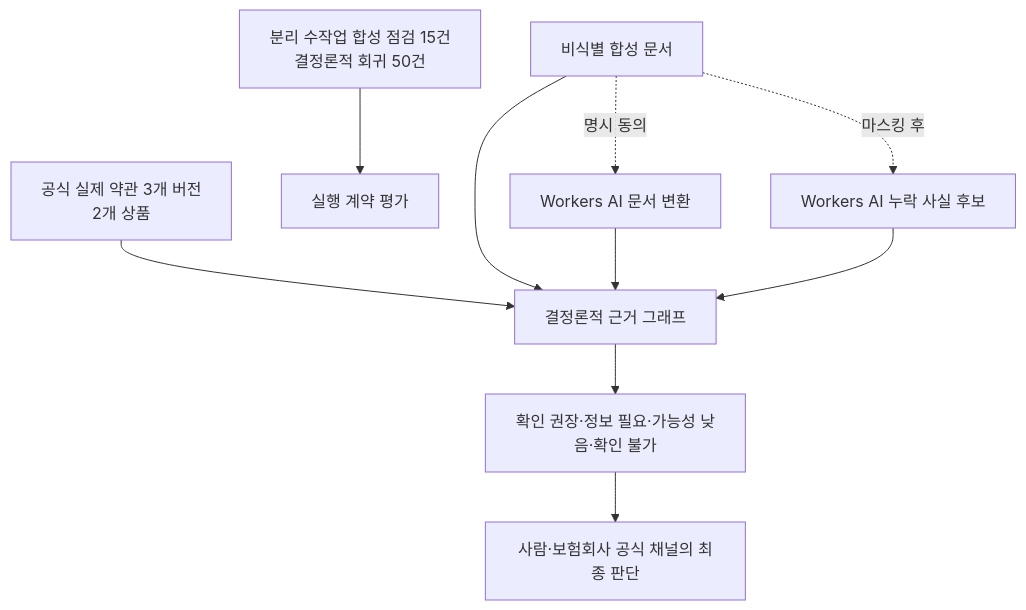
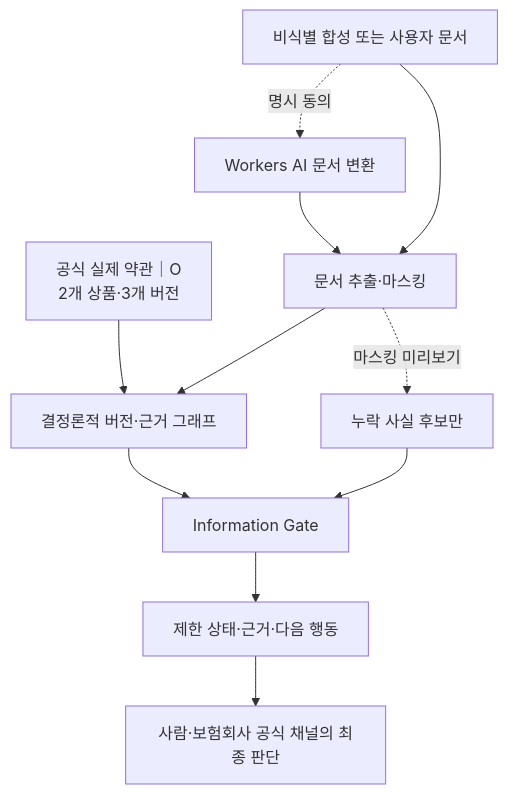
The third of 4 diagrams in docs/submission-visuals.md (turtlehwan/2026-finance-ai-challenge), drawn with Mermaid before and after one commit. The commit also changed other lines of this file and 6 other files, not shown here.

````diff
--- a/docs/submission-visuals.md
+++ b/docs/submission-visuals.md
@@ -38,12 +52,13 @@
 ```mermaid
 flowchart TB
-    P["공식 실제 약관 3개 버전\n2개 상품"] --> R["결정론적 근거 그래프"]
-    S["비식별 합성 문서"] --> R
-    R --> A["확인 권장·정보 필요·가능성 낮음·확인 불가"]
-    H["분리 수작업 합성 점검 15건\n결정론적 회귀 50건"] --> Q["실행 계약 평가"]
-    S -. 명시 동의 .-> W["Workers AI 문서 변환"]
-    W --> R
-    S -. 마스킹 후 .-> L["Workers AI 누락 사실 후보"]
-    L --> R
+    P["공식 실제 약관｜O\n2개 상품·3개 버전"] --> R["결정론적 버전·근거 그래프"]
+    S["비식별 합성 또는 사용자 문서"] --> M["문서 추출·마스킹"]
+    S -. "명시 동의" .-> W["Workers AI 문서 변환"]
+    W --> M
+    M -. "마스킹 미리보기" .-> L["누락 사실 후보만"]
+    M --> R
+    L --> G["Information Gate"]
+    R --> G
+    G --> A["제한 상태·근거·다음 행동"]
     A --> F["사람·보험회사 공식 채널의 최종 판단"]
 ```
````
